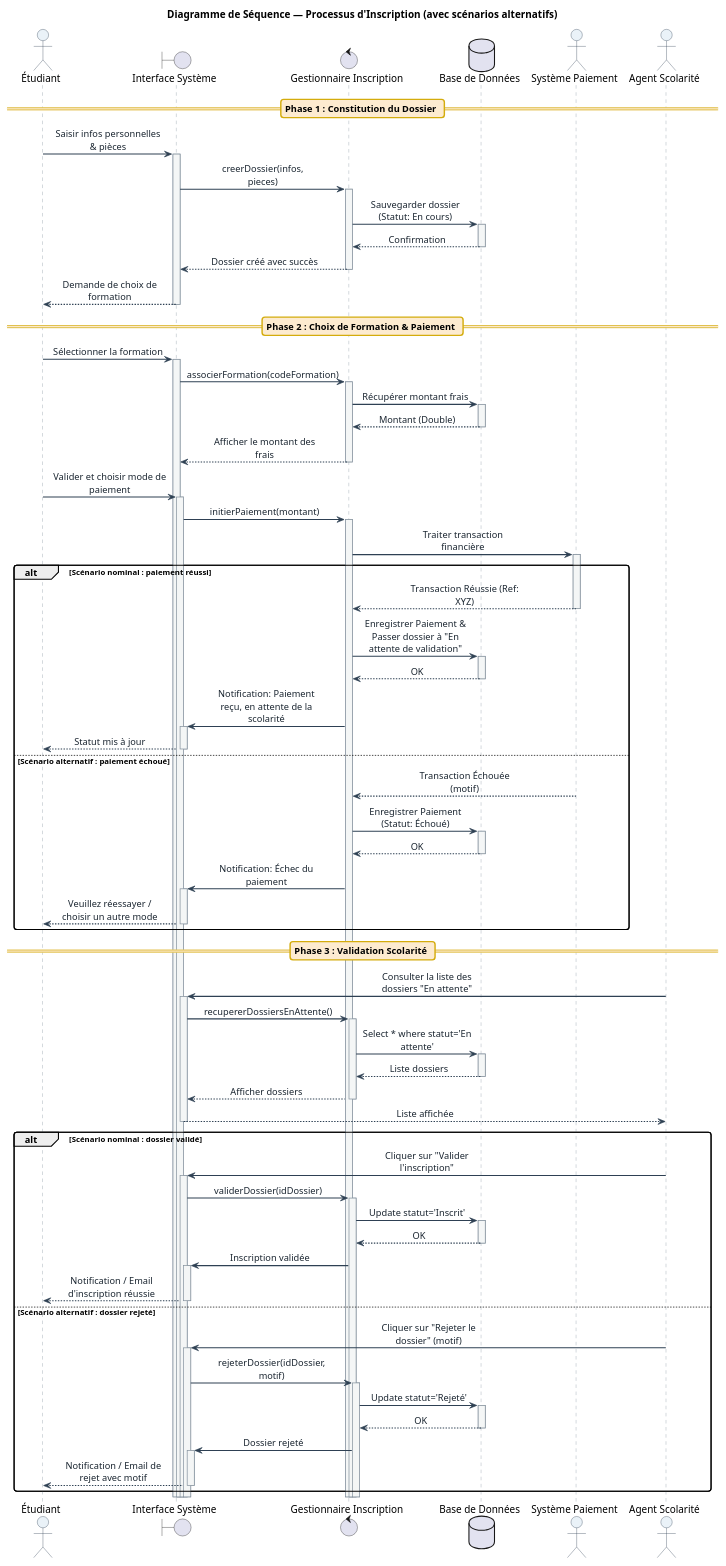
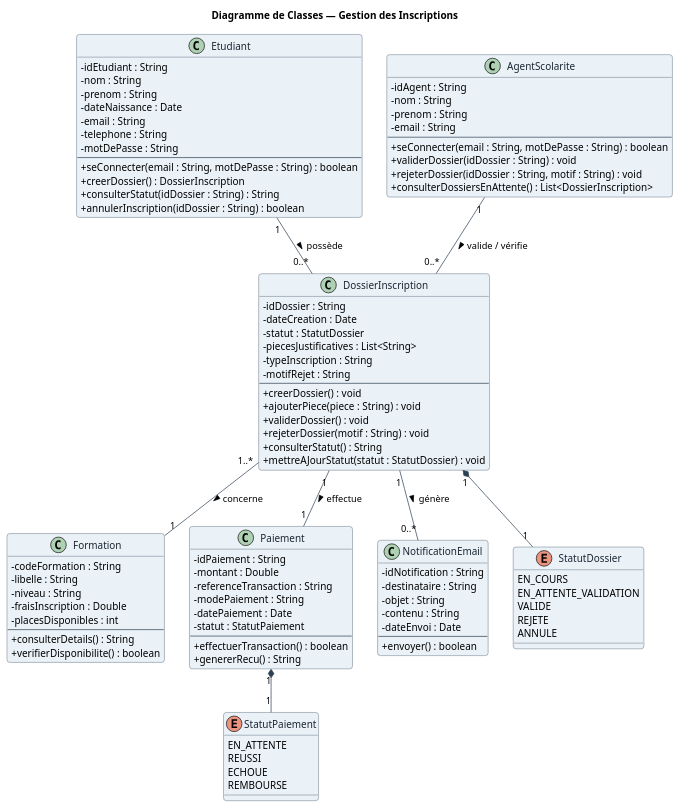
One commit to MmeDaff/TD01_UML changed the diagram in src/main/java/classe.puml. Above: the diagram before and after it, drawn with PlantUML. The commit also changed 1 other file, not shown here.

Commit message:
Mise a jour du diagramme de classe

```diff
--- a/src/main/java/classe.puml
+++ b/src/main/java/classe.puml
@@ -1,96 +1,118 @@
-@startuml Sequence_GestionInscription
+@startuml Class_GestionInscription
 skinparam shadowing false
 skinparam roundCorner 8
-skinparam sequenceArrowThickness 1.5
+skinparam classAttributeIconSize 0
 skinparam backgroundColor #FFFFFF
-skinparam sequenceMessageAlign center
-skinparam maxMessageSize 160
+skinparam class {
+  BackgroundColor #EAF2F8
+  BorderColor #2E4053
+  ArrowColor #2E4053
+  FontColor #1B2631
+}
+skinparam enum {
+  BackgroundColor #FDEBD0
+  BorderColor #D4AC0D
+}
 
-skinparam sequence {
-  ParticipantBackgroundColor #EAF2F8
-  ParticipantBorderColor #2E4053
-  ParticipantFontColor #1B2631
-  ActorBackgroundColor #EAF2F8
-  ActorBorderColor #2E4053
-  LifeLineBorderColor #85929E
-  LifeLineBackgroundColor #F4F6F6
-  ArrowColor #2E4053
-  ArrowFontColor #1B2631
-  DividerBackgroundColor #FDEBD0
-  DividerBorderColor #D4AC0D
-  BoxBorderColor #85929E
-  BoxBackgroundColor #FDFEFE
+title Diagramme de Classes — Gestion des Inscriptions
+
+class Etudiant {
+  - idEtudiant : String
+  - nom : String
+  - prenom : String
+  - dateNaissance : Date
+  - email : String
+  - telephone : String
+  - motDePasse : String
+  --
+  + seConnecter(email : String, motDePasse : String) : boolean
+  + creerDossier() : DossierInscription
+  + consulterStatut(idDossier : String) : String
+  + annulerInscription(idDossier : String) : boolean
 }
-skinparam ActivationBackgroundColor #AED6F1
-skinparam ActivationBorderColor #2E4053
 
-autoactivate on
-title Diagramme de Séquence — Processus d'Inscription (avec scénarios alternatifs)
+class AgentScolarite {
+  - idAgent : String
+  - nom : String
+  - prenom : String
+  - email : String
+  --
+  + seConnecter(email : String, motDePasse : String) : boolean
+  + validerDossier(idDossier : String) : void
+  + rejeterDossier(idDossier : String, motif : String) : void
+  + consulterDossiersEnAttente() : List<DossierInscription>
+}
 
-actor "Étudiant" as Etudiant
-boundary "Interface Système" as UI
-control "Gestionnaire Inscription" as Ctrl
-database "Base de Données" as DB
-actor "Système Paiement" as SysPaiement
-actor "Agent Scolarité" as Agent
+class DossierInscription {
+  - idDossier : String
+  - dateCreation : Date
+  - statut : StatutDossier
+  - piecesJustificatives : List<String>
+  - typeInscription : String
+  - motifRejet : String
+  --
+  + creerDossier() : void
+  + ajouterPiece(piece : String) : void
+  + validerDossier() : void
+  + rejeterDossier(motif : String) : void
+  + consulterStatut() : String
+  + mettreAJourStatut(statut : StatutDossier) : void
+}
 
-== Phase 1 : Constitution du Dossier ==
+class Formation {
+  - codeFormation : String
+  - libelle : String
+  - niveau : String
+  - fraisInscription : Double
+  - placesDisponibles : int
+  --
+  + consulterDetails() : String
+  + verifierDisponibilite() : boolean
+}
 
-Etudiant -> UI : Saisir infos personnelles & pièces
-UI -> Ctrl : creerDossier(infos, pieces)
-Ctrl -> DB : Sauvegarder dossier (Statut: En cours)
-DB --> Ctrl : Confirmation
-Ctrl --> UI : Dossier créé avec succès
-UI --> Etudiant : Demande de choix de formation
+class Paiement {
+  - idPaiement : String
+  - montant : Double
+  - referenceTransaction : String
+  - modePaiement : String
+  - datePaiement : Date
+  - statut : StatutPaiement
+  --
+  + effectuerTransaction() : boolean
+  + genererRecu() : String
+}
 
-== Phase 2 : Choix de Formation & Paiement ==
+class NotificationEmail {
+  - idNotification : String
+  - destinataire : String
+  - objet : String
+  - contenu : String
+  - dateEnvoi : Date
+  --
+  + envoyer() : boolean
+}
 
-Etudiant -> UI : Sélectionner la formation
-UI -> Ctrl : associerFormation(codeFormation)
-Ctrl -> DB : Récupérer montant frais
-DB --> Ctrl : Montant (Double)
-Ctrl --> UI : Afficher le montant des frais
-Etudiant -> UI : Valider et choisir mode de paiement
-UI -> Ctrl : initierPaiement(montant)
-Ctrl -> SysPaiement : Traiter transaction financière
+enum StatutDossier {
+  EN_COURS
+  EN_ATTENTE_VALIDATION
+  VALIDE
+  REJETE
+  ANNULE
+}
 
-alt Scénario nominal : paiement réussi
-    SysPaiement --> Ctrl : Transaction Réussie (Ref: XYZ)
-    Ctrl -> DB : Enregistrer Paiement & Passer dossier à "En attente de validation"
-    DB --> Ctrl : OK
-    Ctrl -> UI : Notification: Paiement reçu, en attente de la scolarité
-    UI --> Etudiant : Statut mis à jour
-else Scénario alternatif : paiement échoué
-    SysPaiement --> Ctrl : Transaction Échouée (motif)
-    Ctrl -> DB : Enregistrer Paiement (Statut: Échoué)
-    DB --> Ctrl : OK
-    Ctrl -> UI : Notification: Échec du paiement
-    UI --> Etudiant : Veuillez réessayer / choisir un autre mode
-end
+enum StatutPaiement {
+  EN_ATTENTE
+  REUSSI
+  ECHOUE
+  REMBOURSE
+}
 
-== Phase 3 : Validation Scolarité ==
-
-Agent -> UI : Consulter la liste des dossiers "En attente"
-UI -> Ctrl : recupererDossiersEnAttente()
-Ctrl -> DB : Select * where statut='En attente'
-DB --> Ctrl : Liste dossiers
-Ctrl --> UI : Afficher dossiers
-UI --> Agent : Liste affichée
-
-alt Scénario nominal : dossier validé
-    Agent -> UI : Cliquer sur "Valider l'inscription"
-    UI -> Ctrl : validerDossier(idDossier)
-    Ctrl -> DB : Update statut='Inscrit'
-    DB --> Ctrl : OK
-    Ctrl -> UI : Inscription validée
-    UI --> Etudiant : Notification / Email d'inscription réussie
-else Scénario alternatif : dossier rejeté
-    Agent -> UI : Cliquer sur "Rejeter le dossier" (motif)
-    UI -> Ctrl : rejeterDossier(idDossier, motif)
-    Ctrl -> DB : Update statut='Rejeté'
-    DB --> Ctrl : OK
-    Ctrl -> UI : Dossier rejeté
-    UI --> Etudiant : Notification / Email de rejet avec motif
-end
+Etudiant "1" -- "0..*" DossierInscription : possède >
+AgentScolarite "1" -- "0..*" DossierInscription : valide / vérifie >
+DossierInscription "1..*" -- "1" Formation : concerne >
+DossierInscription "1" -- "1" Paiement : effectue >
+DossierInscription "1" -- "0..*" NotificationEmail : génère >
+DossierInscription "1" *-- "1" StatutDossier
+Paiement "1" *-- "1" StatutPaiement
 
 @enduml
```
